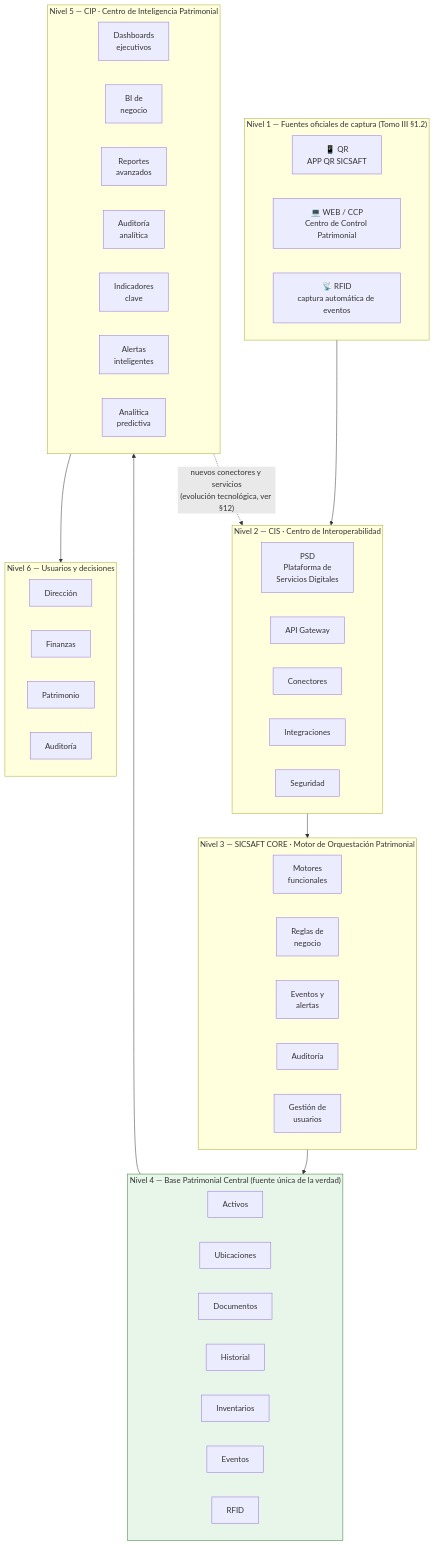
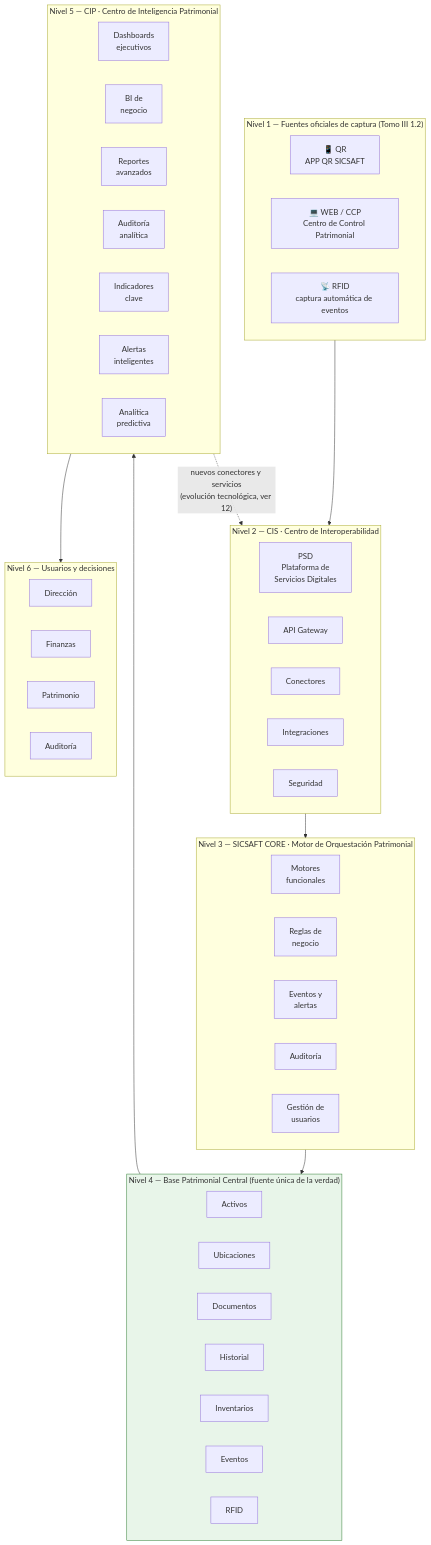
Before and after one commit to jhonabruzzi278/SICSAFT: the diagram in ARQUITECTURA-WAF.md, drawn with Mermaid. The commit also changed other lines of this file and 224 other files, not shown here.

````diff
--- a/ARQUITECTURA-WAF.md
+++ b/ARQUITECTURA-WAF.md
@@ -61,62 +61,62 @@
 ```mermaid
 flowchart TD
-    subgraph N1["Nivel 1 — Fuentes oficiales de captura (Tomo III §1.2)"]
+    subgraph N1["Nivel 1 — Fuentes oficiales de captura (Tomo III 1.2)"]
         direction LR
         QR["📱 QR<br/>APP QR SICSAFT"]
         WEBC["💻 WEB / CCP<br/>Centro de Control Patrimonial"]
         RFIDC["📡 RFID<br/>captura automática de eventos"]
     end
 
     subgraph N2["Nivel 2 — CIS · Centro de Interoperabilidad"]
         direction LR
         PSD["PSD<br/>Plataforma de<br/>Servicios Digitales"]
         GW["API Gateway"]
         CONN["Conectores"]
         INTEG["Integraciones"]
         SEC["Seguridad"]
     end
 
     subgraph N3["Nivel 3 — SICSAFT CORE · Motor de Orquestación Patrimonial"]
         direction LR
         MOT["Motores<br/>funcionales"]
         REG["Reglas de<br/>negocio"]
         EVT["Eventos y<br/>alertas"]
         AUD3["Auditoría"]
         USR["Gestión de<br/>usuarios"]
     end
 
     subgraph N4["Nivel 4 — Base Patrimonial Central (fuente única de la verdad)"]
         direction LR
         ACT["Activos"]
         UBI["Ubicaciones"]
         DOCN["Documentos"]
         HIST["Historial"]
         INV["Inventarios"]
         EVTL["Eventos"]
         RFIDL["RFID"]
     end
 
     subgraph N5["Nivel 5 — CIP · Centro de Inteligencia Patrimonial"]
         direction LR
         DASH["Dashboards<br/>ejecutivos"]
         BI["BI de<br/>negocio"]
         REP["Reportes<br/>avanzados"]
         AUDA["Auditoría<br/>analítica"]
         IND["Indicadores<br/>clave"]
         ALERT["Alertas<br/>inteligentes"]
         PRED["Analítica<br/>predictiva"]
     end
 
     subgraph N6["Nivel 6 — Usuarios y decisiones"]
         direction LR
         DIR["Dirección"]
         FIN["Finanzas"]
         PAT["Patrimonio"]
         AUDU["Auditoría"]
     end
 
     N1 --> N2 --> N3 --> N4 --> N5 --> N6
-    N5 -.->|"nuevos conectores y servicios<br/>(evolución tecnológica, ver §12)"| N2
+    N5 -.->|"nuevos conectores y servicios<br/>(evolución tecnológica, ver 12)"| N2
 
     style N4 fill:#e8f5e9,stroke:#2e7d32
 ```
````
